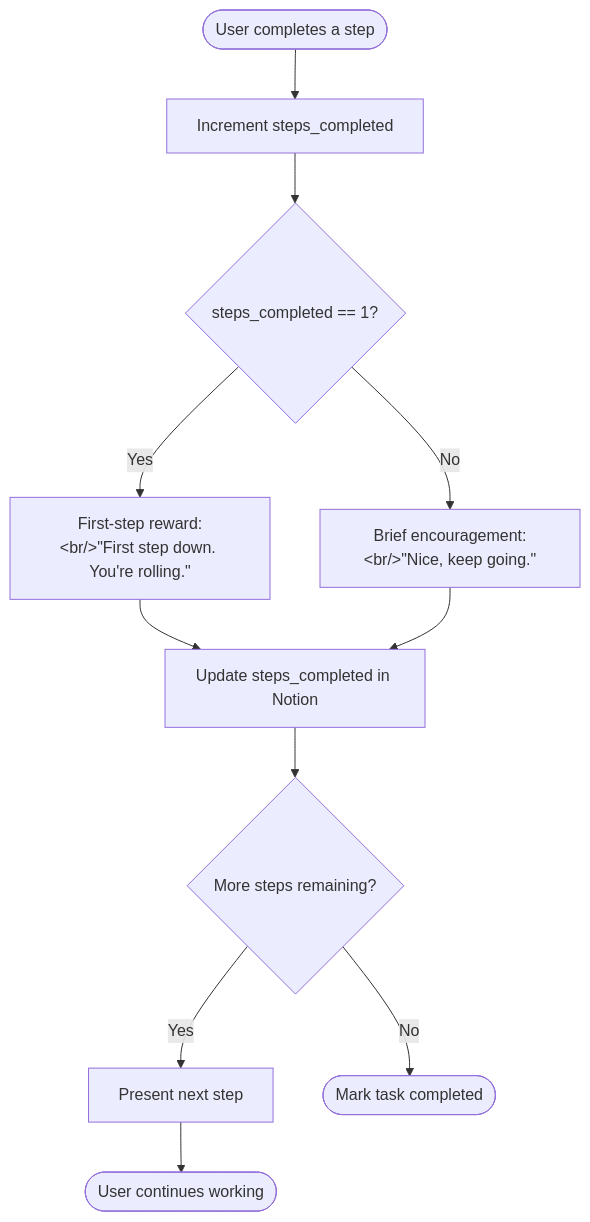
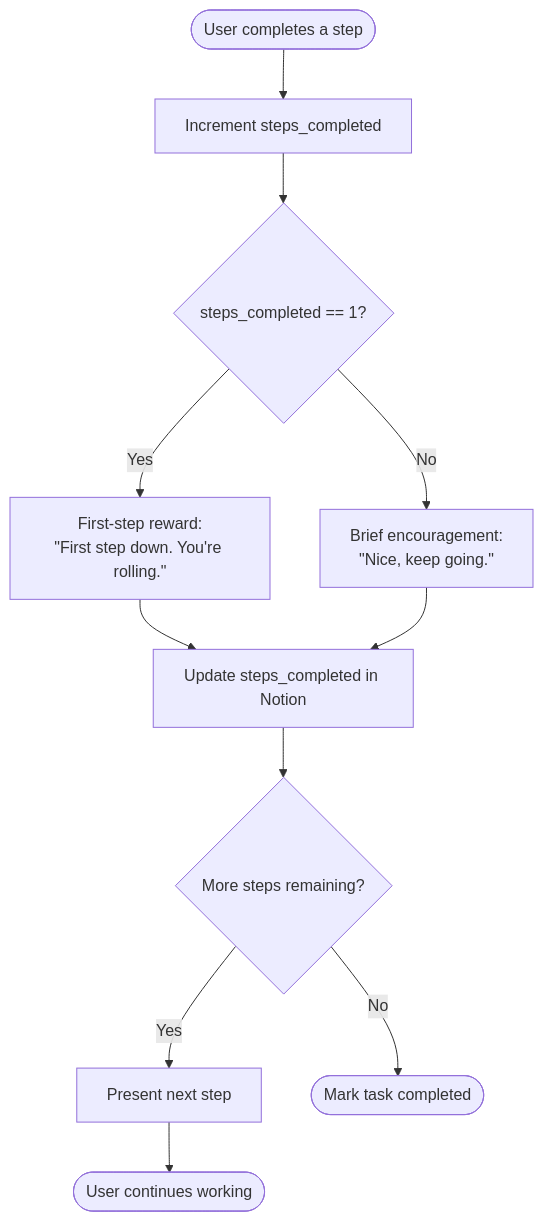
Before and after one commit to NickBorgersProbably/hide-my-list: diagram 15 of 28 in docs/task-lifecycle.md, drawn with Mermaid. The commit also changed other lines of this file and 1 other file, not shown here.

Commit message:
Fix <br/> line breaks incorrectly escaped as #lt;br/#gt; in Mermaid diagrams
Inside quoted Mermaid labels, <br/> works directly for line breaks.
The #lt;br/#gt; escape renders as literal text instead of a line break.

````diff
--- a/docs/task-lifecycle.md
+++ b/docs/task-lifecycle.md
@@ -426,18 +426,18 @@
 ```mermaid
 flowchart TD
     StepDone([User completes a step]) --> Increment[Increment steps_completed]
     Increment --> CheckFirst{steps_completed == 1?}
 
-    CheckFirst -->|Yes| FirstStepReward["First-step reward:#lt;br/#gt;#quot;First step down. You're rolling.#quot;"]
-    CheckFirst -->|No| Encourage["Brief encouragement:#lt;br/#gt;#quot;Nice, keep going.#quot;"]
+    CheckFirst -->|Yes| FirstStepReward["First-step reward:<br/>#quot;First step down. You're rolling.#quot;"]
+    CheckFirst -->|No| Encourage["Brief encouragement:<br/>#quot;Nice, keep going.#quot;"]
 
     FirstStepReward --> UpdateNotion[Update steps_completed in Notion]
     Encourage --> UpdateNotion
 
     UpdateNotion --> MoreSteps{More steps remaining?}
 
     MoreSteps -->|Yes| NextStep[Present next step]
     MoreSteps -->|No| Complete([Mark task completed])
 
     NextStep --> Working([User continues working])
 ```
````
